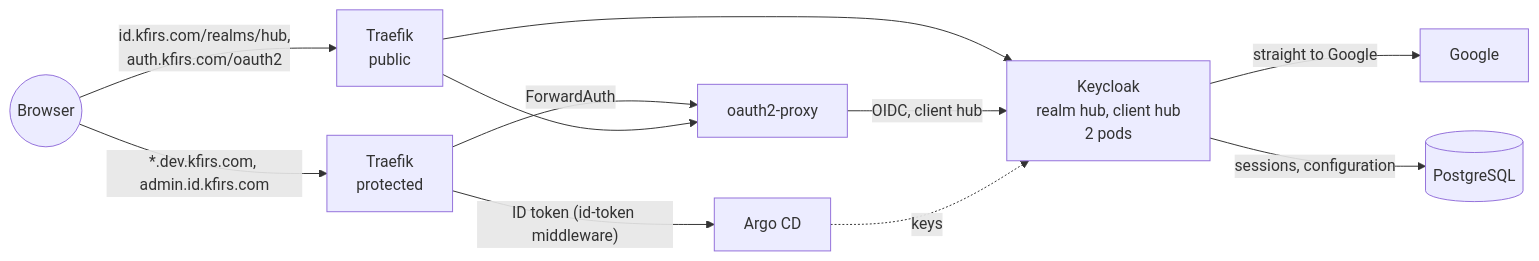
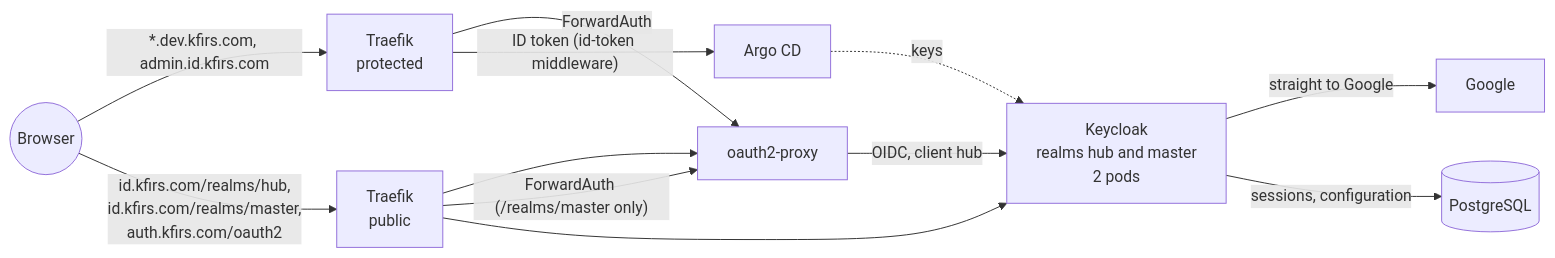
The first of 2 diagrams in hub/designs/keycloak.md (arikkfir-org/docs), drawn with Mermaid before and after one commit. The commit also changed other lines of this file, not shown here.

Commit message:
docs(hub): show realm master's sign-in route in the Keycloak design
The diagram and the Hosts row still had the public gateway serving
only realm hub, and the admin host without "/".

Claude-Session: https://claude.ai/code/session_01TTFb9iU7BbVT7zwPuzmChz

````diff
--- a/hub/designs/keycloak.md
+++ b/hub/designs/keycloak.md
@@ -13,13 +13,14 @@
 ```mermaid
 flowchart LR
   B((Browser)) -- "*.dev.kfirs.com, admin.id.kfirs.com" --> TP[Traefik<br/>protected]
-  B -- "id.kfirs.com/realms/hub,<br/>auth.kfirs.com/oauth2" --> TQ[Traefik<br/>public]
+  B -- "id.kfirs.com/realms/hub,<br/>id.kfirs.com/realms/master,<br/>auth.kfirs.com/oauth2" --> TQ[Traefik<br/>public]
   TP -- ForwardAuth --> O[oauth2-proxy]
   TQ --> O
-  TQ --> K[Keycloak<br/>realm hub, client hub<br/>2 pods]
+  TQ -- "ForwardAuth (/realms/master only)" --> O
+  TQ --> K[Keycloak<br/>realms hub and master<br/>2 pods]
   O -- OIDC, client hub --> K
   K -- straight to Google --> G[Google]
   TP -- "ID token (id-token middleware)" --> A[Argo CD]
   A -. keys .-> K
   K -- "sessions, configuration" --> P[(PostgreSQL)]
 ```
````
